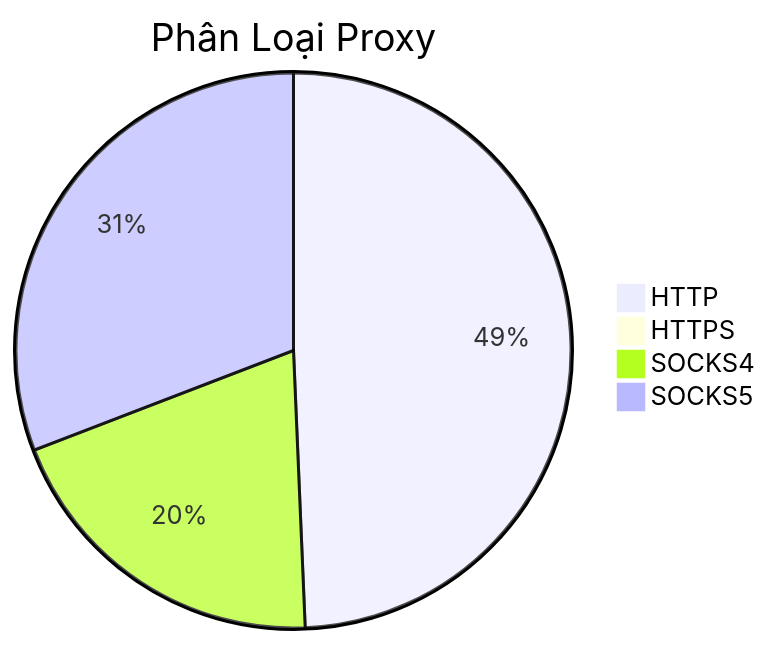
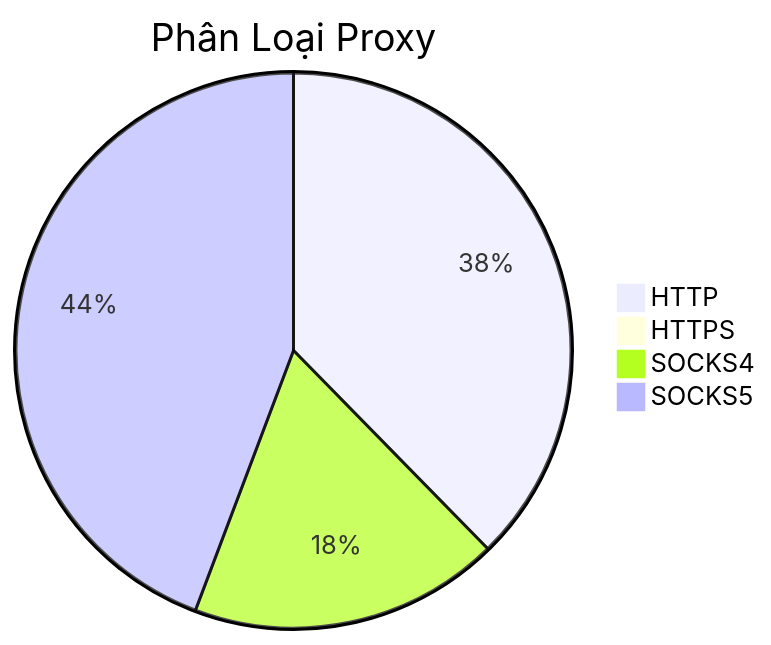
Before and after one commit to Ciara-12/PROXY-free: the diagram in README.md, drawn with Mermaid. The commit also changed other lines of this file and 4 other files, not shown here.

````diff
--- a/README.md
+++ b/README.md
@@ -26,7 +26,7 @@
 ```mermaid
 pie title Phân Loại Proxy
-    "HTTP" : 955
-    "HTTPS" : 3
-    "SOCKS4" : 384
-    "SOCKS5" : 597
+    "HTTP" : 708
+    "HTTPS" : 2
+    "SOCKS4" : 340
+    "SOCKS5" : 832
 ```
````
